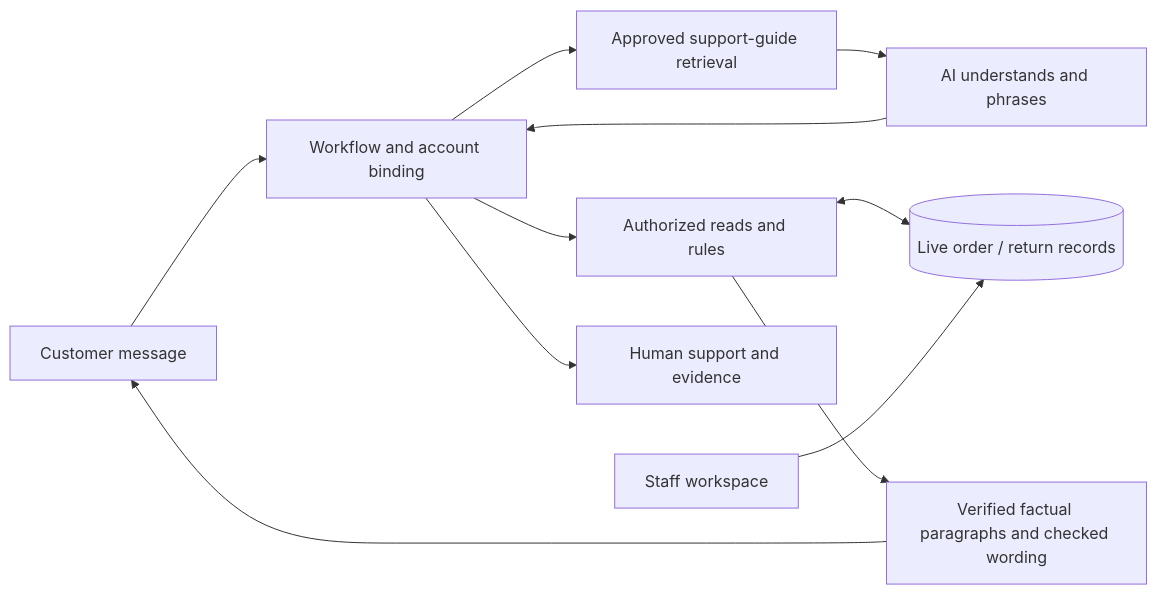
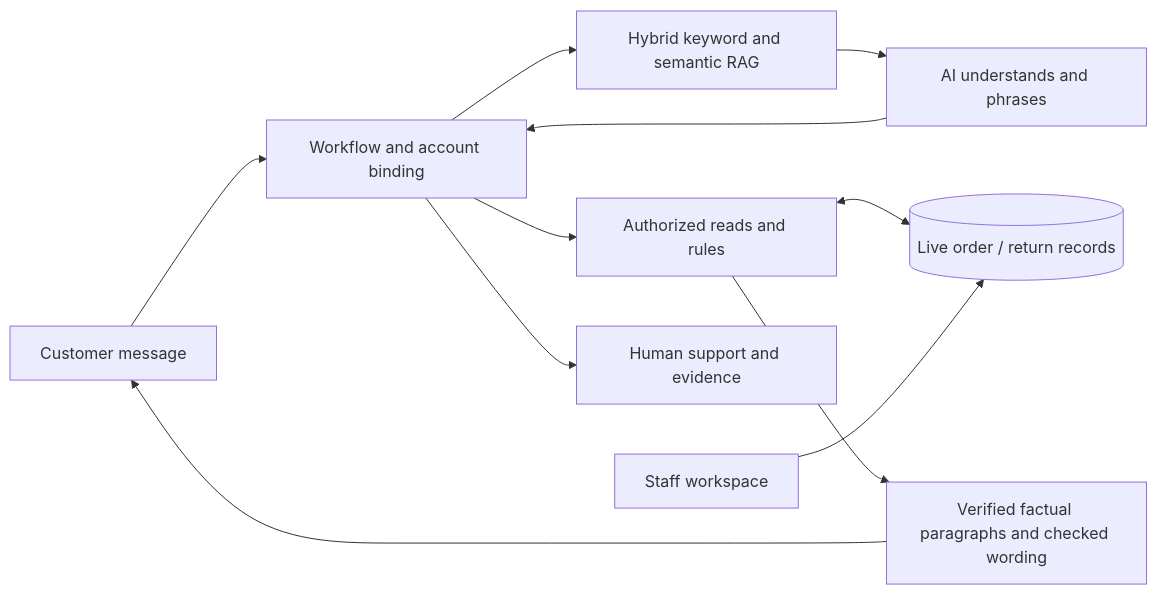
One commit to presish1/aim-retail-support changed the diagram in docs/PRESENTATION_BRIEF.md. Above: the diagram before and after it, drawn with Mermaid. The commit also changed other lines of this file and 37 other files, not shown here.

Commit message:
Use Gemini with hybrid RAG and live database grounding

````diff
--- a/docs/PRESENTATION_BRIEF.md
+++ b/docs/PRESENTATION_BRIEF.md
@@ -30,13 +30,13 @@
 ```mermaid
 flowchart LR
     C[Customer message] --> W[Workflow and account binding]
-    W --> KB[Approved support-guide retrieval]
+    W --> KB[Hybrid keyword and semantic RAG]
     KB --> AI[AI understands and phrases]
     AI --> W
     W --> T[Authorized reads and rules]
     T <--> D[(Live order / return records)]
     T --> R[Verified factual paragraphs and checked wording]
     R --> C
     S[Staff workspace] --> D
     W --> H[Human support and evidence]
 ```
````
